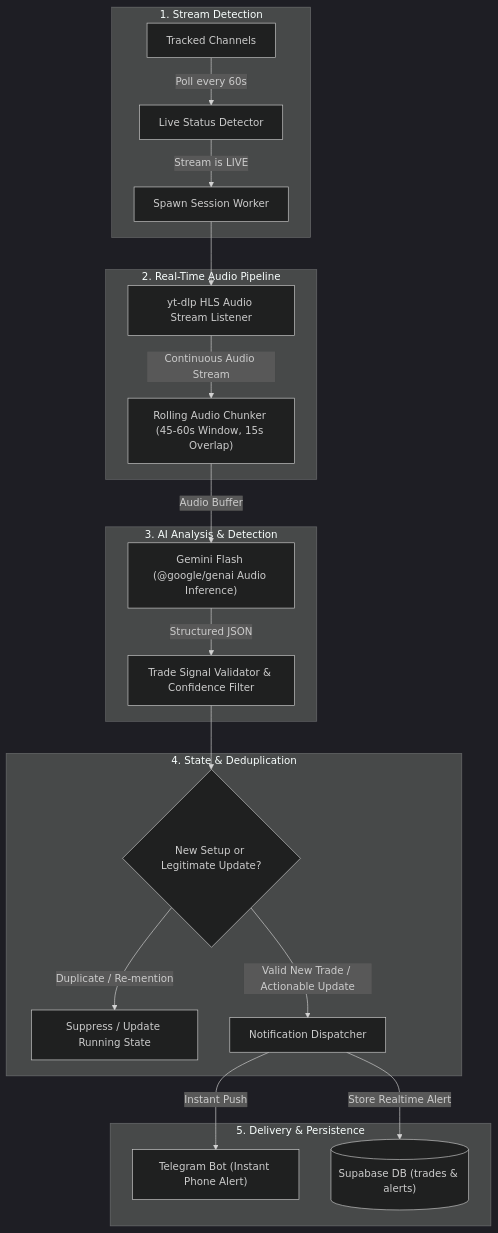
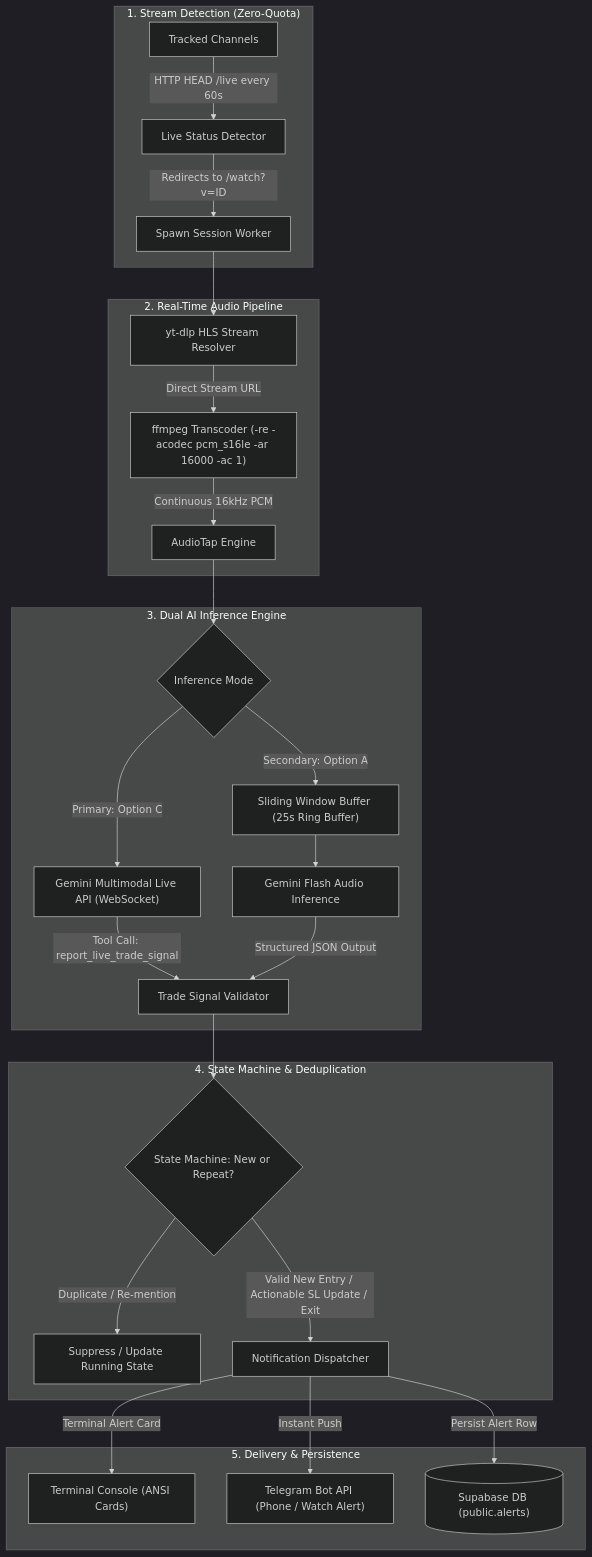
One commit to umer2001/youtube-analysis changed the diagram in docs/realtime-live-trade-alert-system-plan.md. Above: the diagram before and after it, drawn with Mermaid (dark theme). The commit also changed other lines of this file and 16 other files, not shown here.

Commit message:
feat: make edge pipeline batch size configurable to prevent worker resource limit (546) and implement realtime trade alert system

````diff
--- a/docs/realtime-live-trade-alert-system-plan.md
+++ b/docs/realtime-live-trade-alert-system-plan.md
@@ -17,28 +20,34 @@
 ```mermaid
 flowchart TD
-    subgraph Stream_Detection ["1. Stream Detection"]
-        Ch[Tracked Channels] -->|Poll every 60s| Poller[Live Status Detector]
-        Poller -->|Stream is LIVE| Trigger[Spawn Session Worker]
+    subgraph Stream_Detection ["1. Stream Detection (Zero-Quota)"]
+        Ch[Tracked Channels] -->|HTTP HEAD /live every 60s| Poller[Live Status Detector]
+        Poller -->|Redirects to /watch?v=ID| Trigger[Spawn Session Worker]
     end
 
     subgraph Audio_Ingestion ["2. Real-Time Audio Pipeline"]
-        Trigger --> YTDLP["yt-dlp HLS Audio Stream Listener"]
-        YTDLP -->|Continuous Audio Stream| Chunker["Rolling Audio Chunker (45-60s Window, 15s Overlap)"]
+        Trigger --> YTDLP["yt-dlp HLS Stream Resolver"]
+        YTDLP -->|Direct Stream URL| FFMPEG["ffmpeg Transcoder (-re -acodec pcm_s16le -ar 16000 -ac 1)"]
+        FFMPEG -->|Continuous 16kHz PCM| Tap["AudioTap Engine"]
     end
 
-    subgraph AI_Inference ["3. AI Analysis & Detection"]
-        Chunker -->|Audio Buffer| GeminiFlash["Gemini Flash (@google/genai Audio Inference)"]
-        GeminiFlash -->|Structured JSON| Parser["Trade Signal Validator & Confidence Filter"]
+    subgraph Dual_AI_Inference ["3. Dual AI Inference Engine"]
+        Tap --> ModeChoice{Inference Mode}
+        ModeChoice -->|Primary: Option C| LiveWS["Gemini Multimodal Live API (WebSocket)"]
+        ModeChoice -->|Secondary: Option A| Chunker["Sliding Window Buffer (25s Ring Buffer)"]
+        Chunker --> FlashGen["Gemini Flash Audio Inference"]
+        LiveWS -->|Tool Call: report_live_trade_signal| Parser["Trade Signal Validator"]
+        FlashGen -->|Structured JSON Output| Parser
     end
 
-    subgraph State_Deduplication ["4. State & Deduplication"]
-        Parser --> StateCheck{"New Setup or Legitimate Update?"}
+    subgraph State_Deduplication ["4. State Machine & Deduplication"]
+        Parser --> StateCheck{"State Machine: New or Repeat?"}
         StateCheck -->|Duplicate / Re-mention| Suppress["Suppress / Update Running State"]
-        StateCheck -->|Valid New Trade / Actionable Update| Dispatcher["Notification Dispatcher"]
+        StateCheck -->|Valid New Entry / Actionable SL Update / Exit| Dispatcher["Notification Dispatcher"]
     end
 
-    subgraph Output_Persistence ["5. Delivery & Persistence"]
-        Dispatcher -->|Instant Push| Telegram["Telegram Bot (Instant Phone Alert)"]
-        Dispatcher -->|Store Realtime Alert| Supabase[("Supabase DB (trades & alerts)")]
+    subgraph Delivery_Persistence ["5. Delivery & Persistence"]
+        Dispatcher -->|Terminal Alert Card| Console["Terminal Console (ANSI Cards)"]
+        Dispatcher -->|Instant Push| Telegram["Telegram Bot API (Phone / Watch Alert)"]
+        Dispatcher -->|Persist Alert Row| Supabase[("Supabase DB (public.alerts)")]
     end
 ```
````
